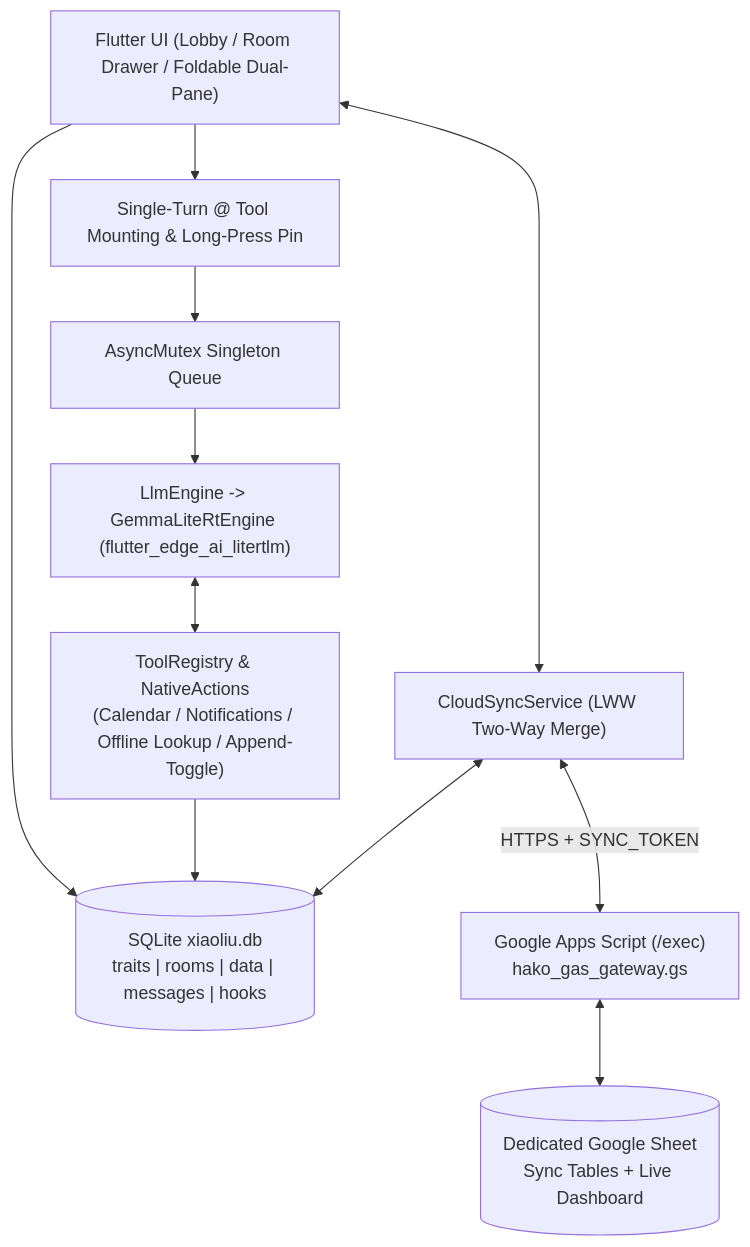
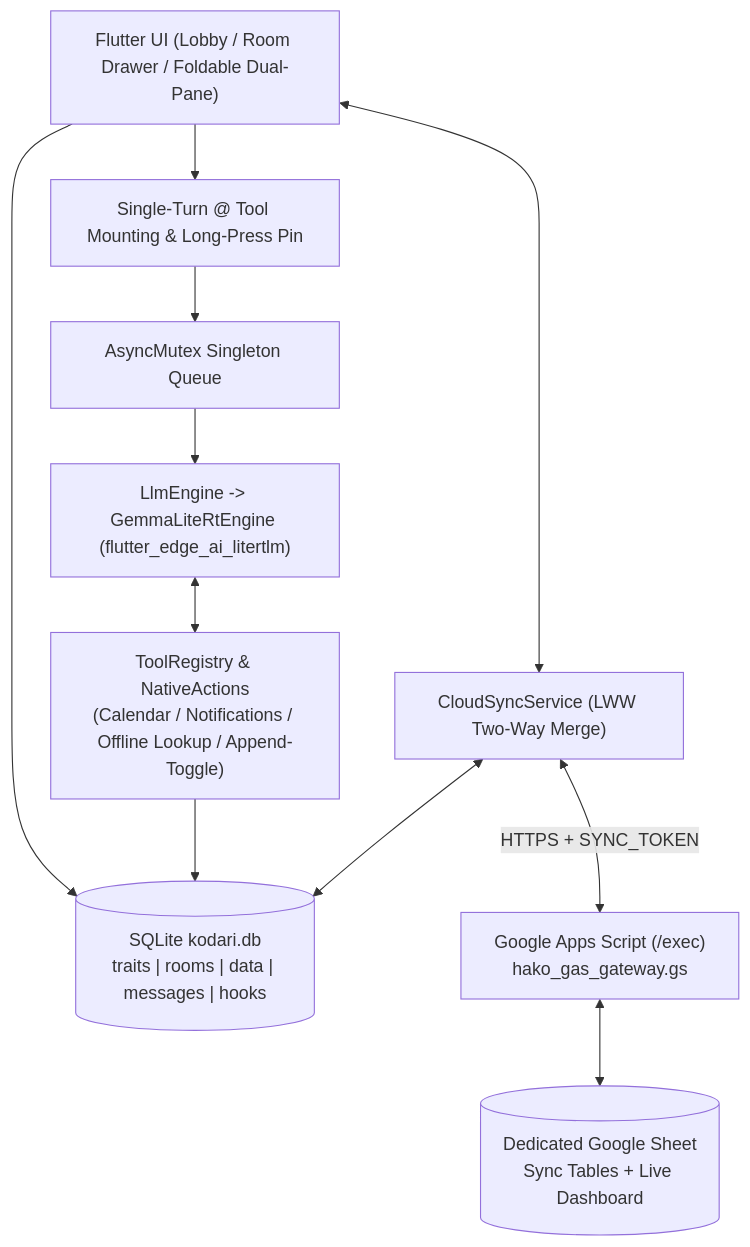
One commit to sw-cho-serious/Local-First-Offline-AI-Agent-with-Persistent-Room-Based-Memory-Android-Flutter-Gemma-4-LiteRT-L changed the diagram in README.md. Above: the diagram before and after it, drawn with Mermaid. The commit also changed other lines of this file and 18 other files, not shown here.

Commit message:
refactor: neutral package id (com.hako.kodari), app/db names and sample data; remove personal references

````diff
--- a/README.md
+++ b/README.md
@@ -57,22 +57,22 @@
 ```mermaid
 flowchart TB
     UI["Flutter UI (Lobby / Room Drawer / Foldable Dual-Pane)"]
     At["Single-Turn @ Tool Mounting & Long-Press Pin"]
     Mutex["AsyncMutex Singleton Queue"]
     Engine["LlmEngine -> GemmaLiteRtEngine (flutter_edge_ai_litertlm)"]
-    DB[("SQLite xiaoliu.db\ntraits | rooms | data | messages | hooks")]
+    DB[("SQLite kodari.db\ntraits | rooms | data | messages | hooks")]
     Tools["ToolRegistry & NativeActions\n(Calendar / Notifications / Offline Lookup / Append-Toggle)"]
     Sync["CloudSyncService (LWW Two-Way Merge)"]
     GAS["Google Apps Script (/exec)\nhako_gas_gateway.gs"]
     Sheet[("Dedicated Google Sheet\nSync Tables + Live Dashboard")]
 
     UI --> At --> Mutex
     UI --> DB
     Mutex --> Engine
     Engine <--> Tools
     Tools --> DB
     UI <--> Sync
     Sync <--> DB
     Sync <-->|HTTPS + SYNC_TOKEN| GAS
     GAS <--> Sheet
 ```
````
